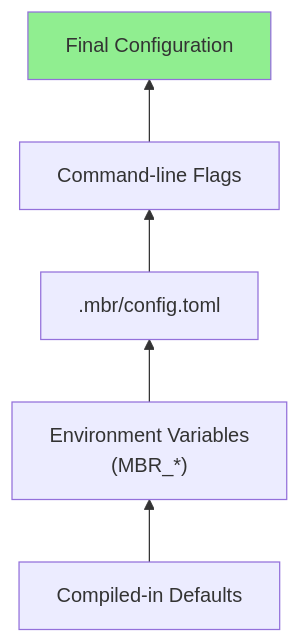
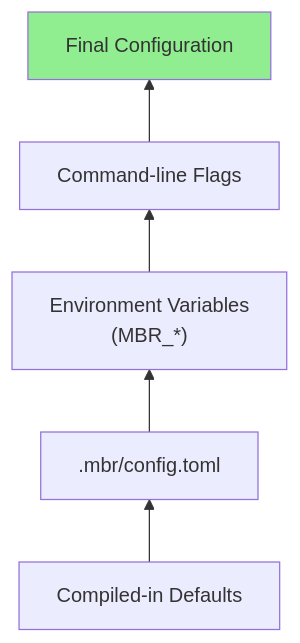
Before and after one commit to zmre/mbr-markdown-browser: the diagram in docs/reference/configuration.md, drawn with Mermaid. The commit also changed other lines of this file and 111 other files, not shown here.

````diff
--- a/docs/reference/configuration.md
+++ b/docs/reference/configuration.md
@@ -11,15 +11,15 @@
 ```mermaid
 flowchart BT
     DEFAULTS["Compiled-in Defaults"]
+    CONFIG[".mbr/config.toml"]
     ENV["Environment Variables<br/>(MBR_*)"]
-    CONFIG[".mbr/config.toml"]
     CLI["Command-line Flags"]
     FINAL["Final Configuration"]
 
-    DEFAULTS --> ENV
-    ENV --> CONFIG
-    CONFIG --> CLI
+    DEFAULTS --> CONFIG
+    CONFIG --> ENV
+    ENV --> CLI
     CLI --> FINAL
 
     style FINAL fill:#90EE90
 ```
````
